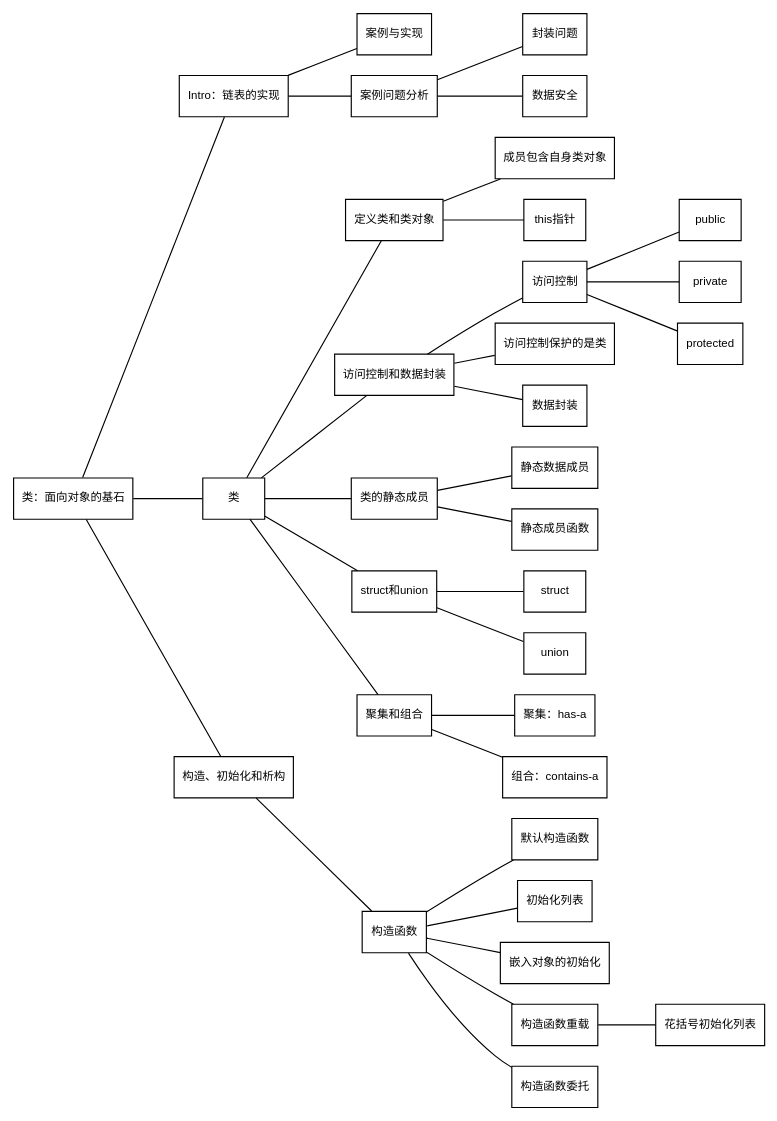
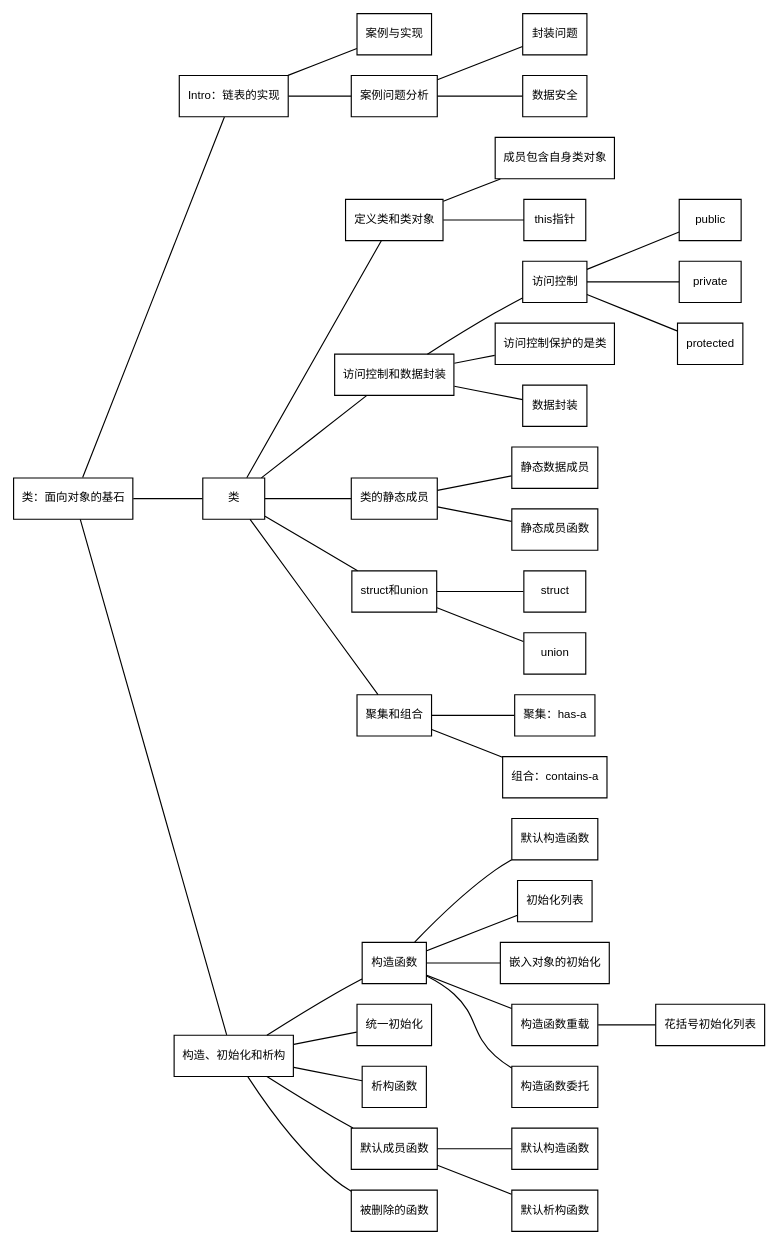
One commit to InzamZ/Notes_Public changed the diagram in docs/ReadingNotes/cpp_modern_approach/img/class.dot. Above: the diagram before and after it, drawn with Graphviz. The commit also changed 2 other files, not shown here.

Commit message:
docs(C++程序设计现代方法): 更新第三章思维导图

```diff
--- a/docs/ReadingNotes/cpp_modern_approach/img/class.dot
+++ b/docs/ReadingNotes/cpp_modern_approach/img/class.dot
@@ -1,75 +1,87 @@
 graph g {
     fontname="Helvetica,Arial,sans-serif"
     node [fontname="Helvetica,Arial,sans-serif"]
     edge [fontname="Helvetica,Arial,sans-serif"]
     rankdir="LR"
     node [fontsize=10, shape=box, height=0.5]
     edge [arrowhead=none, weight=50,constraint=true,weight=1000]
     "title" [ label="类：面向对象的基石" ]
     "title1" [ label="Intro：链表的实现" ]
     "title1.1" [ label="案例与实现" ]
     "title1.2" [ label="案例问题分析" ]
     "note1.2.1" [ label="封装问题" ]
     "note1.2.2" [ label="数据安全" ]
     "title1.2" -- "note1.2.1"
     "title1.2" -- "note1.2.2" 
     "title1" -- "title1.1"
     "title1" -- "title1.2"
     "title" -- "title1" 
     "title2" [ label="类" ]
     "title" -- "title2"
     "title2.1" [ label="定义类和类对象" ]
     "note2.1.1" [ label="成员包含自身类对象" ]
     "note2.1.2" [ label="this指针" ]
     "title2.1" -- "note2.1.1"
     "title2.1" -- "note2.1.2"
     "title2.2" [ label="访问控制和数据封装" ]
     "note2.2.1" [ label="访问控制" ]
     "note2.2.1.1" [ label="public" ]
     "note2.2.1.2" [ label="private" ]
     "note2.2.1.3" [ label="protected" ]
     "note2.2.1" -- "note2.2.1.1"
     "note2.2.1" -- "note2.2.1.2"
     "note2.2.1" -- "note2.2.1.3"
     "note2.2.2" [ label="访问控制保护的是类" ]
     "note2.2.3" [ label="数据封装" ]
     "title2" -- "title2.1"
     "title2" -- "title2.2"
     "title2.2" -- "note2.2.1"
     "title2.2" -- "note2.2.2"
     "title2.2" -- "note2.2.3"
     "title2.3" [ label="类的静态成员" ]
     "note2.3.1" [ label="静态数据成员" ]
     "note2.3.2" [ label="静态成员函数" ]
     "title2" -- "title2.3"
     "title2.3" -- "note2.3.1"
     "title2.3" -- "note2.3.2"
     "title2.4" [ label="struct和union" ]
     "note2.4.1" [ label="struct" ]
     "note2.4.2" [ label="union" ]
     "title2" -- "title2.4"
     "title2.4" -- "note2.4.1"
     "title2.4" -- "note2.4.2"
     "title2.5" [ label="聚集和组合" ]
     "note2.5.1" [ label="聚集：has-a" ]
     "note2.5.2" [ label="组合：contains-a" ]
     "title2" -- "title2.5"
     "title2.5" -- "note2.5.1"
     "title2.5" -- "note2.5.2"
     "title3" [ label="构造、初始化和析构" ]
     "title" -- "title3"
     "title3.1" [ label="构造函数" ]
     "note3.1.1" [ label="默认构造函数" ]
     "note3.1.2" [ label="初始化列表" ]
     "note3.1.3" [ label="嵌入对象的初始化" ]
     "note3.1.4" [ label="构造函数重载" ]
     "note3.1.4.1" [ label="花括号初始化列表" ]
     "note3.1.4" -- "note3.1.4.1"
     "note3.1.5" [ label="构造函数委托" ]
     "title3" -- "title3.1"
     "title3.1" -- "note3.1.1"
     "title3.1" -- "note3.1.2"
     "title3.1" -- "note3.1.3"
     "title3.1" -- "note3.1.4"
     "title3.1" -- "note3.1.5"
+    "title3.2" [ label="统一初始化" ]
+    "title3" -- "title3.2"
+    "title3.3" [ label="析构函数" ]
+    "title3.4" [ label="默认成员函数" ]
+    "note3.4.1" [ label="默认构造函数" ]
+    "note3.4.2" [ label="默认析构函数" ]
+    "title3.4" -- "note3.4.1"
+    "title3.4" -- "note3.4.2"
+    "title3" -- "title3.3"
+    "title3" -- "title3.4"
+    "title3.5" [ label="被删除的函数" ]
+    "title3" -- "title3.5"
 }
```
